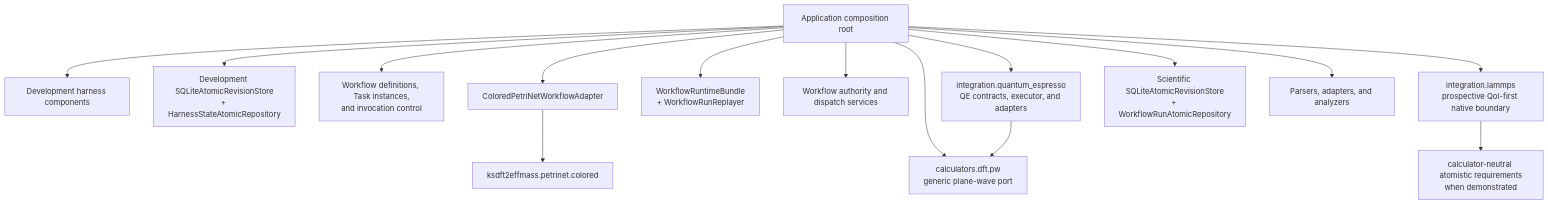
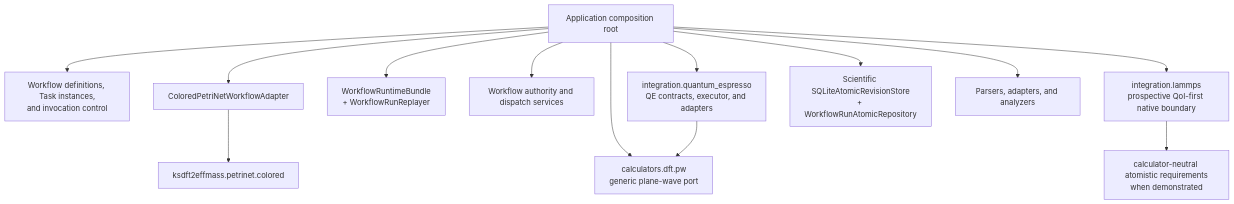
The diagram in docs/architecture/v2/ksdft2effmass/application/index.md (eragasa/ksdft2effmass), drawn with Mermaid before and after one commit. The commit also changed other lines of this file and 1198 other files, not shown here.

Commit message:
refactor: remove repository harness and legacy architecture

````diff
--- a/docs/architecture/v2/ksdft2effmass/application/index.md
+++ b/docs/architecture/v2/ksdft2effmass/application/index.md
@@ -7,17 +12,16 @@
 ```mermaid
 flowchart TD
-    app["Application composition root"] --> harness["Development harness components"]
-    app --> harness_store["Development SQLiteAtomicRevisionStore<br/>+ HarnessStateAtomicRepository"]
+    app["Application composition root"]
     app --> workflow["Workflow definitions, Task instances,<br/>and invocation control"]
     app --> adapter["ColoredPetriNetWorkflowAdapter"]
     adapter --> generic["ksdft2effmass.petrinet.colored"]
     app --> replay["WorkflowRuntimeBundle<br/>+ WorkflowRunReplayer"]
     app --> authority["Workflow authority and dispatch services"]
     app --> pw_port["calculators.dft.pw<br/>generic plane-wave port"]
     app --> qe_integration["integration.quantum_espresso<br/>QE contracts, executor, and adapters"]
     qe_integration --> pw_port
     app --> lammps_integration["integration.lammps<br/>prospective QoI-first native boundary"]
     lammps_integration --> calculators["calculator-neutral atomistic requirements<br/>when demonstrated"]
     app --> workflow_store["Scientific SQLiteAtomicRevisionStore<br/>+ WorkflowRunAtomicRepository"]
     app --> analysis["Parsers, adapters, and analyzers"]
 ```
````
